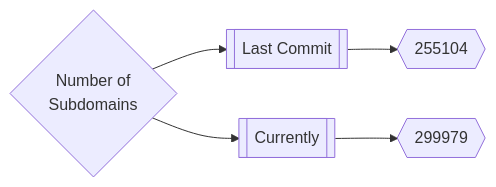
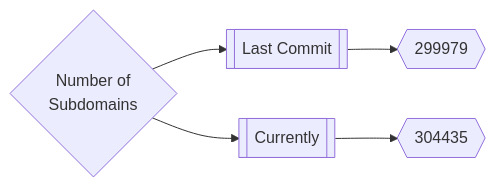
The first of 3 diagrams in README.md (trickest/inventory), drawn with Mermaid before and after one commit. The commit also changed other lines of this file and 115 other files, not shown here.

````diff
--- a/README.md
+++ b/README.md
@@ -165,5 +165,5 @@
 ```mermaid
 graph LR
-title{Number of<br>Subdomains} --> subdomainsDate1[[Last Commit]] --> subdomainsNum1{{255104}}
-title --> subdomainsDate2[[Currently]] --> subdomainsNum2{{299979}}
+title{Number of<br>Subdomains} --> subdomainsDate1[[Last Commit]] --> subdomainsNum1{{299979}}
+title --> subdomainsDate2[[Currently]] --> subdomainsNum2{{304435}}
 ```
````
